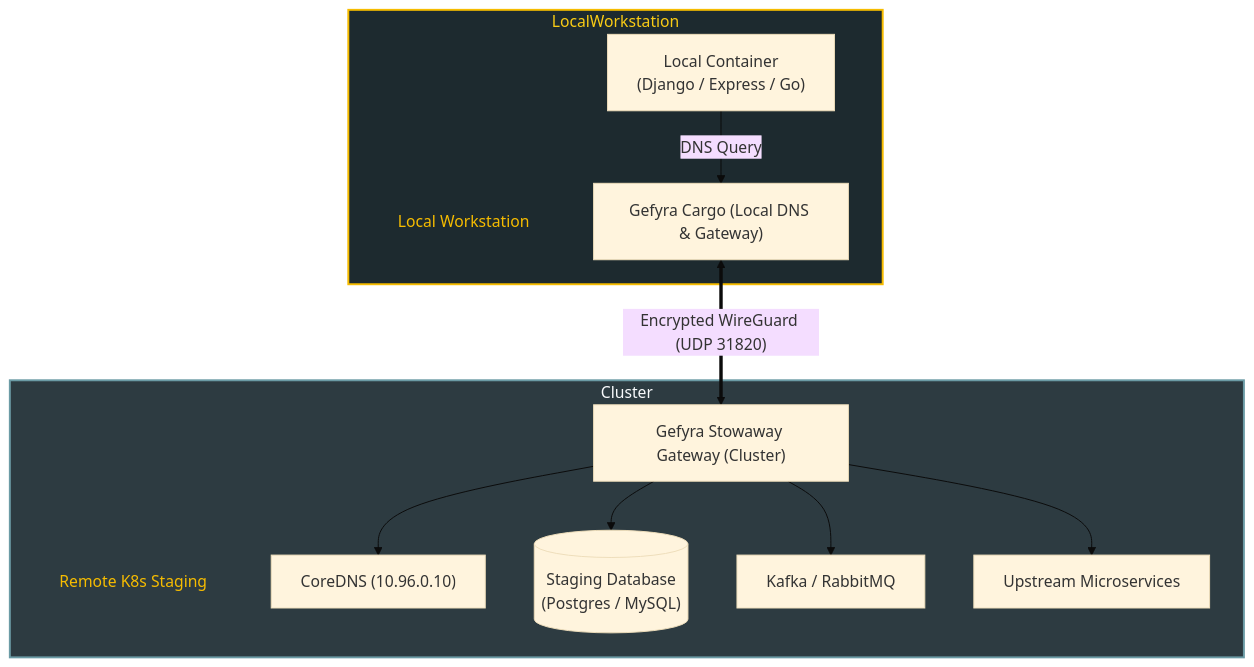
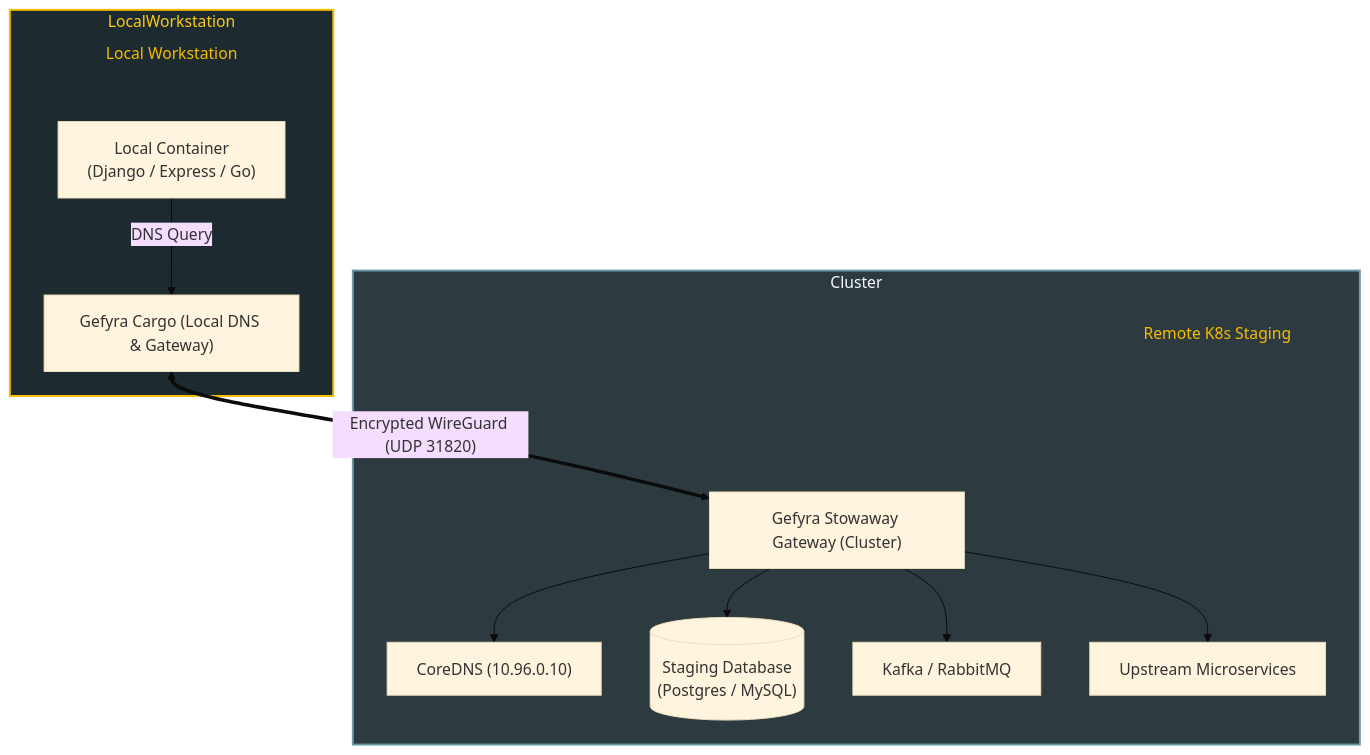
Before and after one commit to gefyrahq/gefyra: the diagram in gefyra-docs/content/en/3.developer-workflows/4.database-and-dns.md, drawn with Mermaid (base theme). The commit also changed other lines of this file and 33 other files, not shown here.

````diff
--- a/gefyra-docs/content/en/3.developer-workflows/4.database-and-dns.md
+++ b/gefyra-docs/content/en/3.developer-workflows/4.database-and-dns.md
@@ -21,24 +21,24 @@
 ```mermaid
 flowchart TD
     subgraph LocalWorkstation
-        LocalTitle[["Local Workstation"]]
-        App["Local Container<br/>(Django / Express / Go)"] -->|DNS Query| Cargo["Gefyra Cargo (Local DNS & Gateway)"]
+        LocalTitle[["Local Workstation"]] ~~~ App["Local Container<br/>(Django / Express / Go)"]
+        App -->|DNS Query| Cargo["Gefyra Cargo (Local DNS & Gateway)"]
     end
 
     Cargo <==>|"Encrypted WireGuard (UDP 31820)"| Stowaway["Gefyra Stowaway Gateway (Cluster)"]
 
     subgraph Cluster
-        ClusterTitle[["Remote K8s Staging"]]
+        ClusterTitle[["Remote K8s Staging"]] ~~~ Stowaway
         Stowaway --> CoreDNS["CoreDNS (10.96.0.10)"]
         Stowaway --> RealDB[("Staging Database<br/>(Postgres / MySQL)")]
         Stowaway --> Kafka["Kafka / RabbitMQ"]
         Stowaway --> Upstream["Upstream Microservices"]
     end
 
     classDef groupTitle fill:transparent,stroke:none,color:#f6bc00;
     classDef gefyra fill:#1d2a2f,stroke:#f6bc00,stroke-width:2px,color:#facc15;
     classDef remote fill:#2d3b41,stroke:#6b9ba5,stroke-width:2px,color:#f8fafc;
     class LocalTitle,ClusterTitle groupTitle;
     class LocalWorkstation gefyra;
     class Cluster remote;
 ```
````
